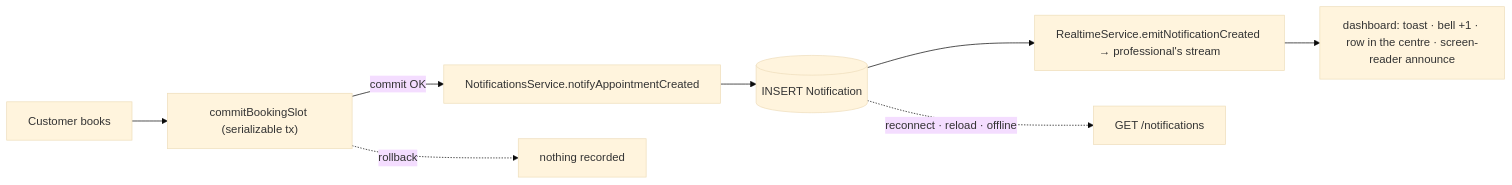
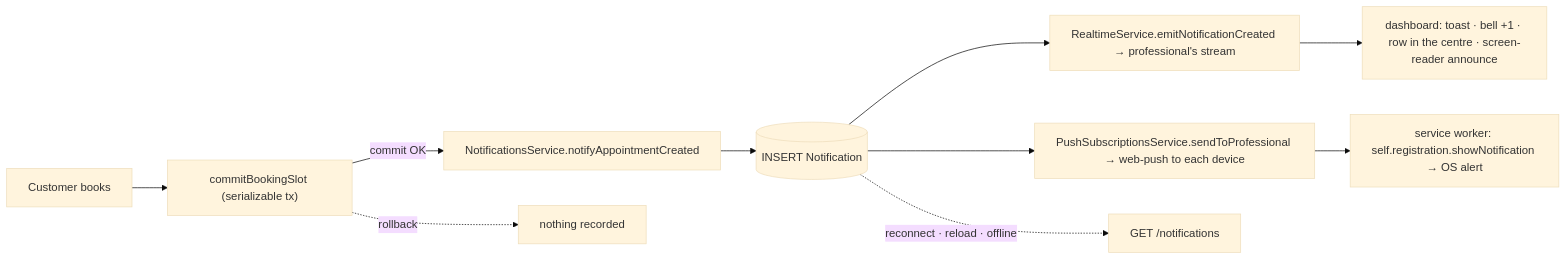
The first of 3 diagrams in docs/src/content/docs/en/features/notifications.md (Emberalab/Agendya), drawn with Mermaid (base theme) before and after one commit. The commit also changed other lines of this file and 54 other files, not shown here.

````diff
--- a/docs/src/content/docs/en/features/notifications.md
+++ b/docs/src/content/docs/en/features/notifications.md
@@ -42,10 +43,12 @@
 ```mermaid
 flowchart LR
   C["Customer books"] --> TX["commitBookingSlot (serializable tx)"]
   TX -->|commit OK| N["NotificationsService.notifyAppointmentCreated"]
   N --> DB[("INSERT Notification")]
   DB --> SSE["RealtimeService.emitNotificationCreated → professional's stream"]
+  DB --> WP["PushSubscriptionsService.sendToProfessional → web-push to each device"]
   SSE --> UI["dashboard: toast · bell +1 · row in the centre · screen-reader announce"]
+  WP --> SW["service worker: self.registration.showNotification → OS alert"]
   TX -.->|rollback| X["nothing recorded"]
   DB -.->|reconnect · reload · offline| API["GET /notifications"]
 ```
````
